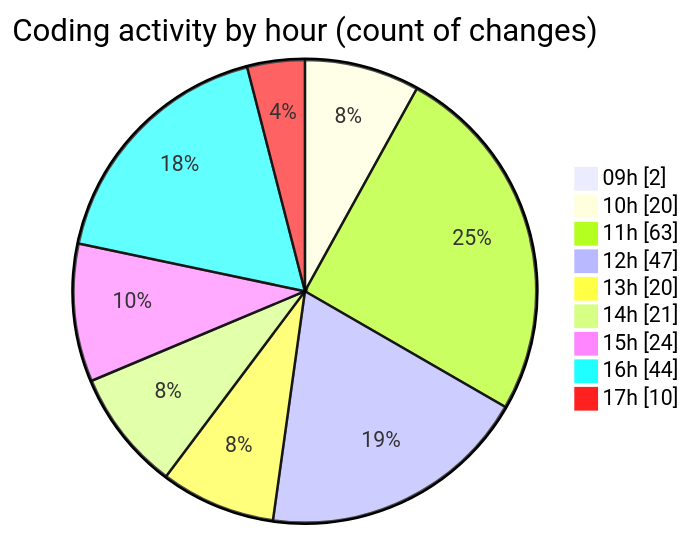
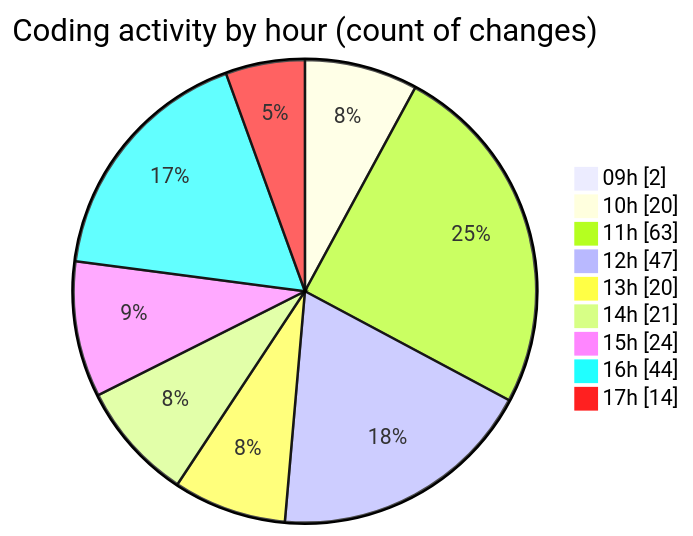
Before and after one commit to momahboobian/code-tracking: the second of 2 diagrams in 2025-04-08/cda/README.md, drawn with Mermaid. The commit also changed other lines of this file and 1 other file, not shown here.

````diff
--- a/2025-04-08/cda/README.md
+++ b/2025-04-08/cda/README.md
@@ -46,13 +46,13 @@
 ```mermaid
 pie showData
 title Coding activity by hour (count of changes)
 "09h" : 2
 "10h" : 20
 "11h" : 63
 "12h" : 47
 "13h" : 20
 "14h" : 21
 "15h" : 24
 "16h" : 44
-"17h" : 10
+"17h" : 14
 ```
````
